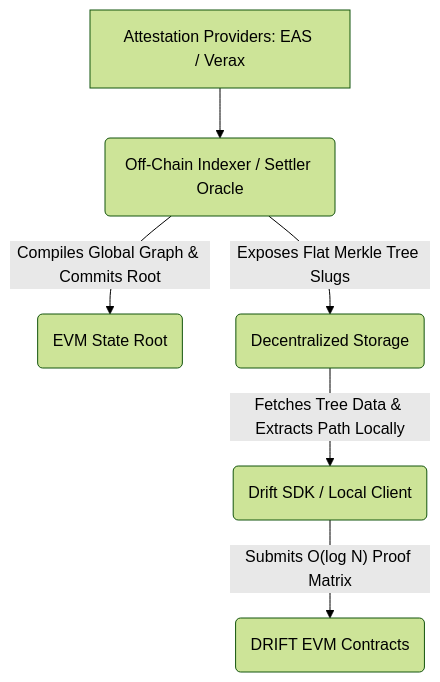
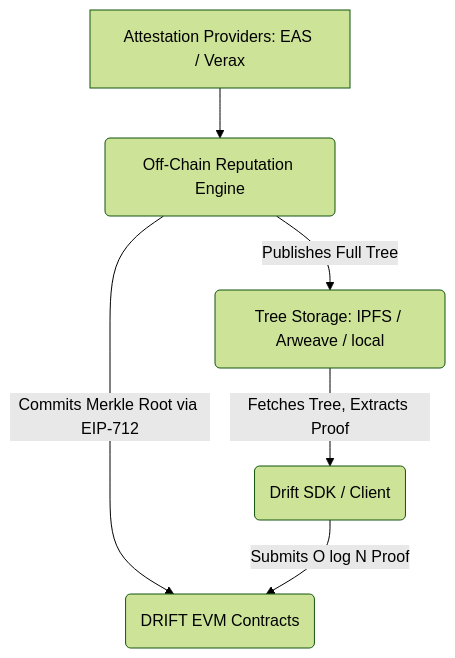
Before and after one commit to Dageus/DRIFT: the diagram in packages/sdk/README.md, drawn with Mermaid (forest theme). The commit also changed other lines of this file and 7 other files, not shown here.

````diff
--- a/packages/sdk/README.md
+++ b/packages/sdk/README.md
@@ -11,8 +14,8 @@
 ```mermaid
 graph TD
-    A[Attestation Providers: EAS / Verax] --> B(Off-Chain Indexer / Settler Oracle)
-    B -- Compiles Global Graph & Commits Root --> C(EVM State Root)
-    B -- Exposes Flat Merkle Tree Slugs --> D(Decentralized Storage)
-    D -- Fetches Tree Data & Extracts Path Locally --> E(Drift SDK / Local Client)
-    E -- Submits O(log N) Proof Matrix --> F(DRIFT EVM Contracts)
+    A[Attestation Providers: EAS / Verax] --> B(Off-Chain Reputation Engine)
+    B -- Commits Merkle Root via EIP-712 --> C(DRIFT EVM Contracts)
+    B -- Publishes Full Tree --> D(Tree Storage: IPFS / Arweave / local)
+    D -- Fetches Tree, Extracts Proof --> E(Drift SDK / Client)
+    E -- Submits O log N Proof --> C
 ```
````
